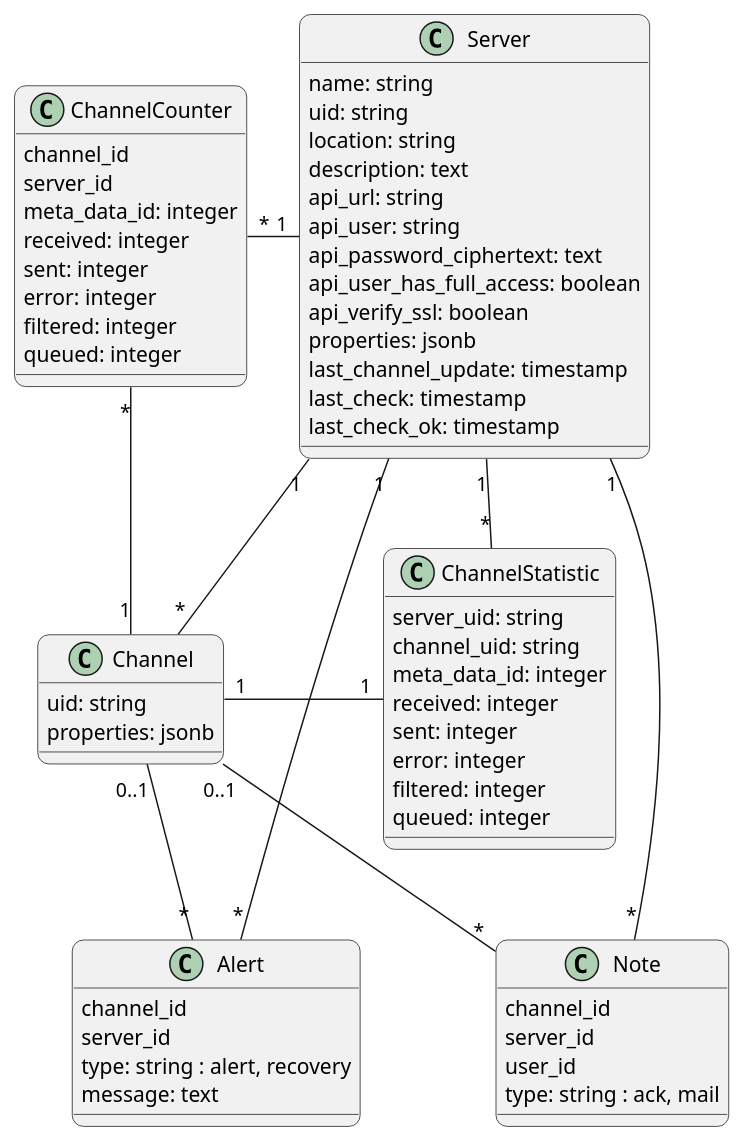
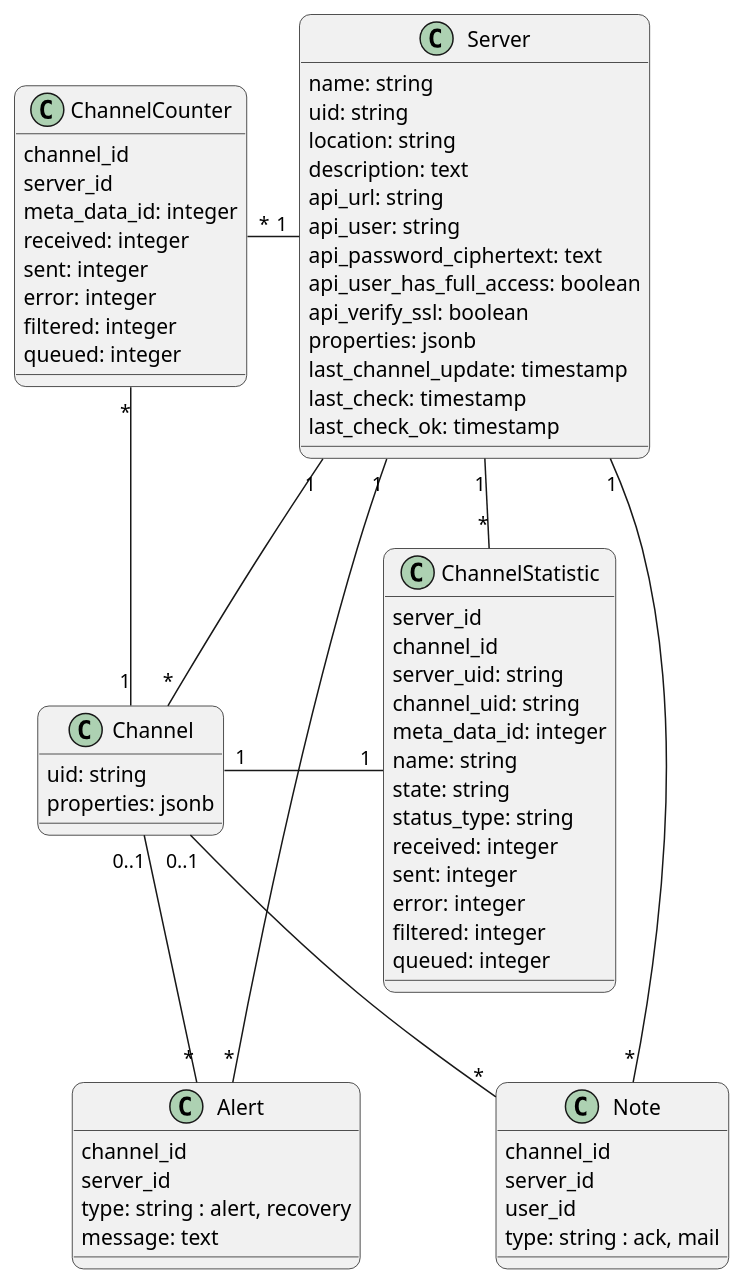
The diagram in public/docs/dev-notes/_images/models.puml (swobspace/mirco), drawn with PlantUML before and after one commit. The commit also changed 9 other files, not shown here.

```diff
--- a/public/docs/dev-notes/_images/models.puml
+++ b/public/docs/dev-notes/_images/models.puml
@@ -1,74 +1,79 @@
 @startuml
 top to bottom direction
 skinparam defaultTextAlignment center
 skinparam roundCorner 15
 
 class Server  {
   name: string
   uid: string
   location: string
   description: text
   api_url: string
   api_user: string
   api_password_ciphertext: text
   api_user_has_full_access: boolean
   api_verify_ssl: boolean
   properties: jsonb
   last_channel_update: timestamp
   last_check: timestamp
   last_check_ok: timestamp
 }
 
 class Channel {
   uid: string
   properties: jsonb
 }
 
 class ChannelStatistic {
+  server_id
+  channel_id
   server_uid: string
   channel_uid: string
   meta_data_id: integer
+  name: string
+  state: string
+  status_type: string
   received: integer
   sent: integer
   error: integer
   filtered: integer
   queued: integer
 }
 
 class ChannelCounter {
   channel_id
   server_id
   meta_data_id: integer
   received: integer
   sent: integer
   error: integer
   filtered: integer
   queued: integer
 }
 
 class Alert {
   channel_id
   server_id
   type: string : alert, recovery
   message: text
 }
 
 class Note {
   channel_id
   server_id
   user_id
   type: string : ack, mail
 }
 
 Server "1" -- "*" Channel
 Server "1" - "*" ChannelStatistic
 Channel "1" - "1" ChannelStatistic
 ChannelCounter "*" - "1" Server
 ChannelCounter "*" -- "1" Channel
 Server "1" -- "*" Alert
 Channel "0..1" -- "*" Alert
 Server "1" -- "*" Note
 Channel "0..1" -- "*" Note
 
 
 @enduml
```
